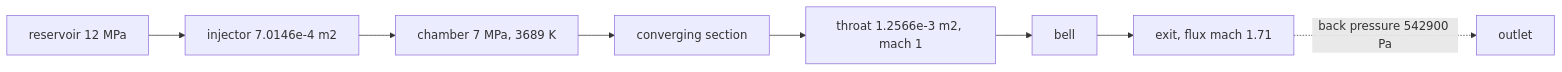
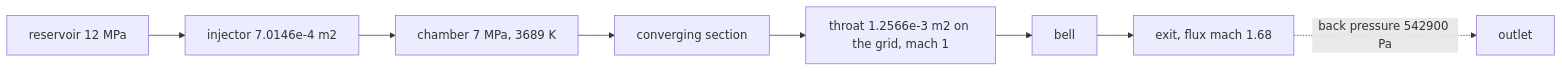
The diagram in docs/numerics/2d/chamber-throat.md (totallynotbrent/nuFor), drawn with Mermaid before and after one commit. The commit also changed other lines of this file and 19 other files, not shown here.

Commit message:
locate the choke in the flow instead of at the first mach crossing

````diff
--- a/docs/numerics/2d/chamber-throat.md
+++ b/docs/numerics/2d/chamber-throat.md
@@ -10,10 +10,10 @@
 ```mermaid
 flowchart LR
   tank["reservoir 12 MPa"] --> inj["injector 7.0146e-4 m2"]
   inj --> chamber["chamber 7 MPa, 3689 K"]
   chamber --> conv["converging section"]
-  conv --> throat["throat 1.2566e-3 m2, mach 1"]
+  conv --> throat["throat 1.2566e-3 m2 on the grid, mach 1"]
   throat --> bell["bell"]
-  bell --> exit["exit, flux mach 1.71"]
+  bell --> exit["exit, flux mach 1.68"]
   exit -. back pressure 542900 Pa .-> outlet
 ```
````
